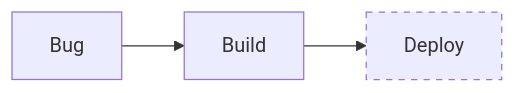
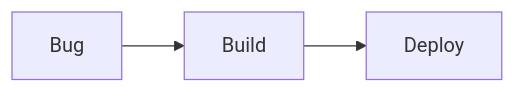
The fifth of 15 diagrams in README.md (infosails/infosails-harness), drawn with Mermaid before and after one commit. The commit also changed other lines of this file and 88 other files, not shown here.

````diff
--- a/README.md
+++ b/README.md
@@ -138,6 +146,5 @@
 ```mermaid
 flowchart LR
   Bug[Bug] --> B[Build]
   B --> Dep[Deploy]
-  style Dep stroke-dasharray: 5 5
 ```
````
